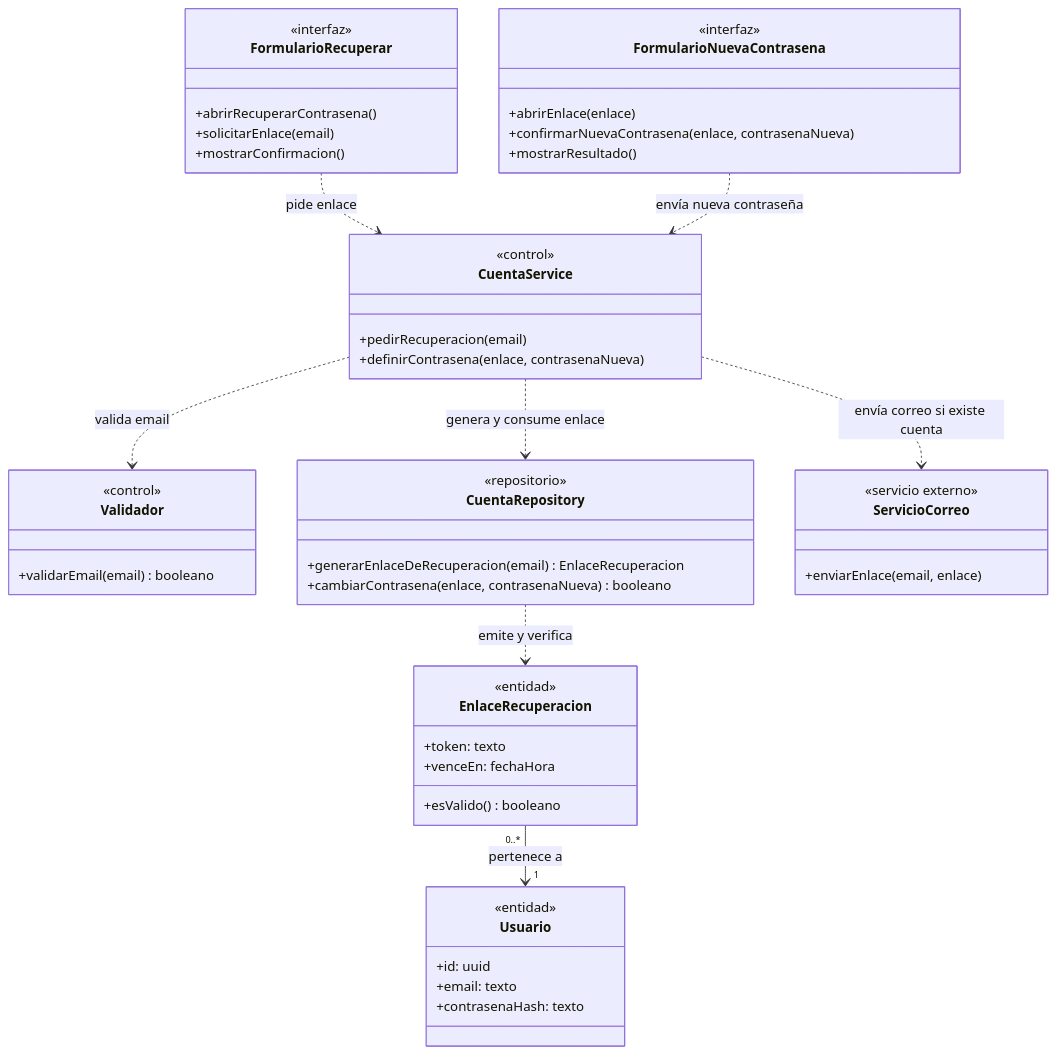
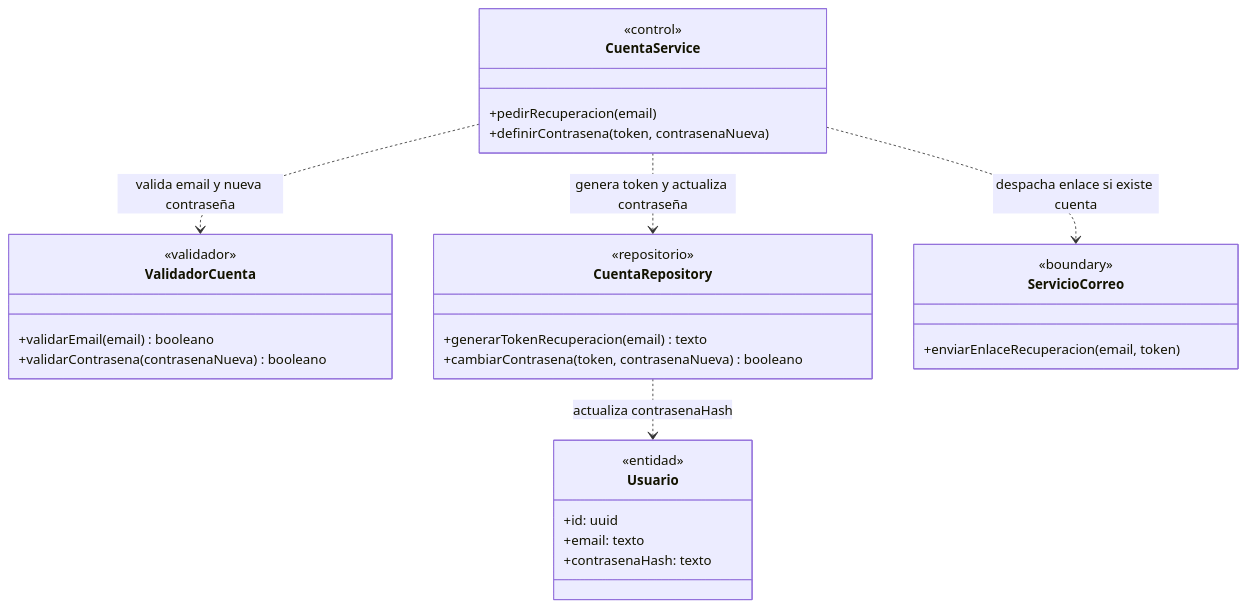
Before and after one commit to nicqletal/torneos-scraper: the fifth of 7 diagrams in docs/diagramas-de-clase/cuenta-y-acceso.md, drawn with Mermaid. The commit also changed other lines of this file and 12 other files, not shown here.

Commit message:
Correcion Diagramas de Clase

````diff
--- a/docs/diagramas-de-clase/cuenta-y-acceso.md
+++ b/docs/diagramas-de-clase/cuenta-y-acceso.md
@@ -348,53 +266,33 @@
 ```mermaid
 classDiagram
 direction TB
-class FormularioRecuperar {
-  <<interfaz>>
-  +abrirRecuperarContrasena()
-  +solicitarEnlace(email)
-  +mostrarConfirmacion()
-}
-class FormularioNuevaContrasena {
-  <<interfaz>>
-  +abrirEnlace(enlace)
-  +confirmarNuevaContrasena(enlace, contrasenaNueva)
-  +mostrarResultado()
-}
 class CuentaService {
   <<control>>
   +pedirRecuperacion(email)
-  +definirContrasena(enlace, contrasenaNueva)
+  +definirContrasena(token, contrasenaNueva)
 }
-class Validador {
-  <<control>>
+class ValidadorCuenta {
+  <<validador>>
   +validarEmail(email) booleano
+  +validarContrasena(contrasenaNueva) booleano
 }
 class CuentaRepository {
   <<repositorio>>
-  +generarEnlaceDeRecuperacion(email) EnlaceRecuperacion
-  +cambiarContrasena(enlace, contrasenaNueva) booleano
+  +generarTokenRecuperacion(email) texto
+  +cambiarContrasena(token, contrasenaNueva) booleano
 }
 class ServicioCorreo {
-  <<servicio externo>>
-  +enviarEnlace(email, enlace)
-}
-class EnlaceRecuperacion {
-  <<entidad>>
-  +token: texto
-  +venceEn: fechaHora
-  +esValido() booleano
+  <<boundary>>
+  +enviarEnlaceRecuperacion(email, token)
 }
 class Usuario {
   <<entidad>>
   +id: uuid
   +email: texto
   +contrasenaHash: texto
 }
-FormularioRecuperar ..> CuentaService : pide enlace
-FormularioNuevaContrasena ..> CuentaService : envía nueva contraseña
-CuentaService ..> Validador : valida email
-CuentaService ..> CuentaRepository : genera y consume enlace
-CuentaService ..> ServicioCorreo : envía correo si existe cuenta
-CuentaRepository ..> EnlaceRecuperacion : emite y verifica
-EnlaceRecuperacion "0..*" --> "1" Usuario : pertenece a
+CuentaService ..> ValidadorCuenta : valida email y nueva contraseña
+CuentaService ..> CuentaRepository : genera token y actualiza contraseña
+CuentaService ..> ServicioCorreo : despacha enlace si existe cuenta
+CuentaRepository ..> Usuario : actualiza contrasenaHash
 ```
````
